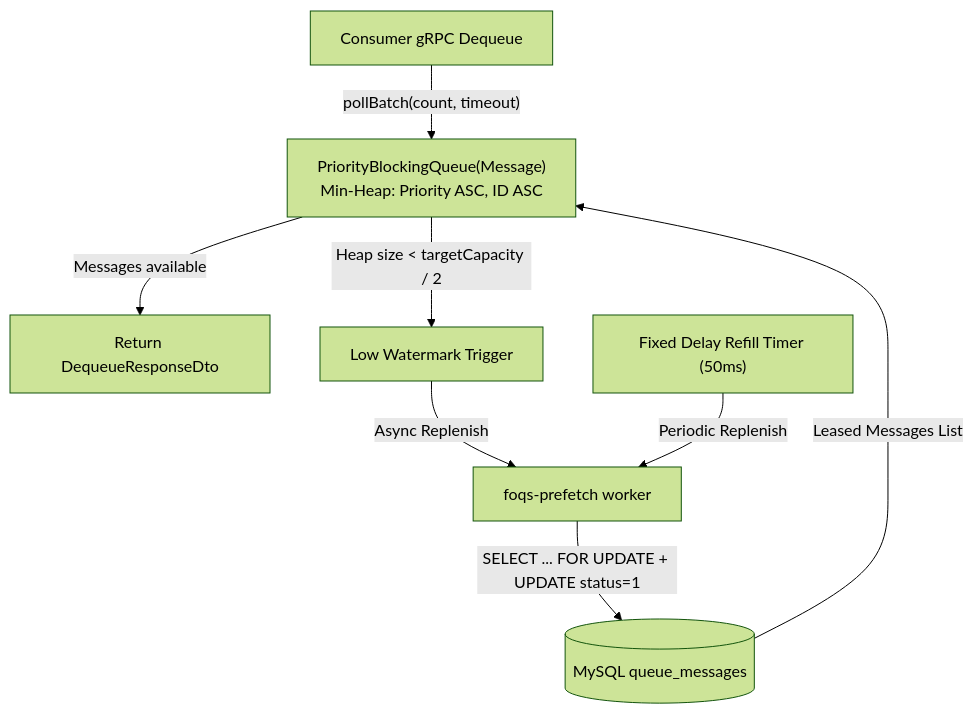
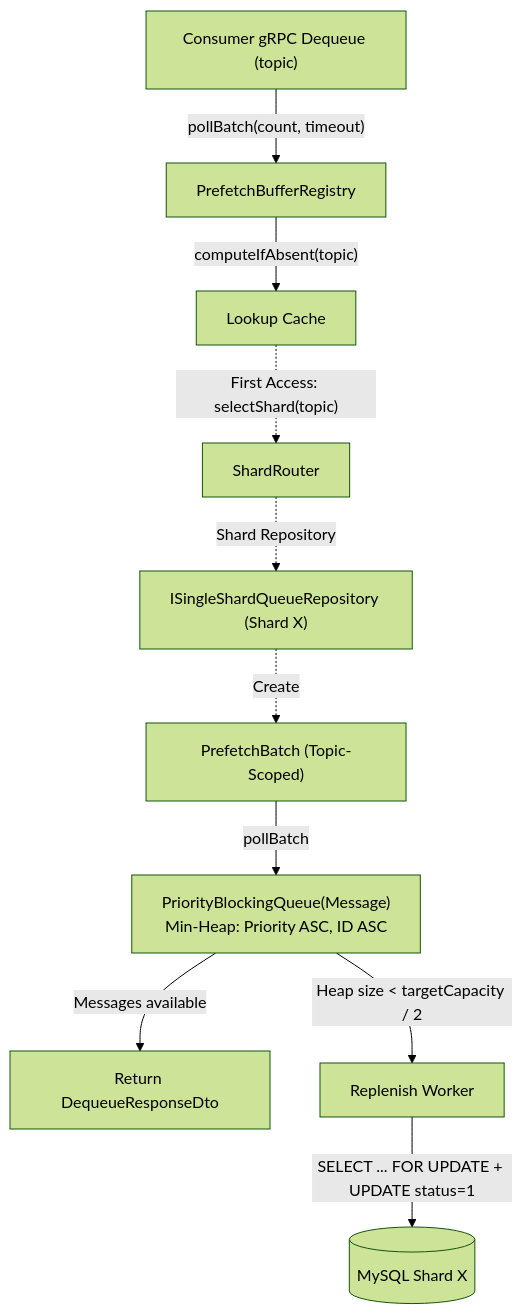
One commit to KhaiHust/FOQS changed the third of 9 diagrams in DOCS.md. Above: the diagram before and after it, drawn with Mermaid (forest theme). The commit also changed other lines of this file and 20 other files, not shown here.

Commit message:
feat(core): implement consistent hashing shard router and scatter-gather ACK/NACK

````diff
--- a/DOCS.md
+++ b/DOCS.md
@@ -178,10 +240,12 @@
 ```mermaid
 flowchart TD
-    Consumer["Consumer gRPC Dequeue"] -->|"pollBatch(count, timeout)"| Heap["PriorityBlockingQueue(Message)<br/>Min-Heap: Priority ASC, ID ASC"]
+    Consumer["Consumer gRPC Dequeue (topic)"] -->|"pollBatch(count, timeout)"| Registry["PrefetchBufferRegistry"]
+    Registry -->|"computeIfAbsent(topic)"| Lookup["Lookup Cache"]
+    Lookup -.->|"First Access: selectShard(topic)"| Router["ShardRouter"]
+    Router -.->|"Shard Repository"| Repo["ISingleShardQueueRepository (Shard X)"]
+    Repo -.->|"Create"| PBatch["PrefetchBatch (Topic-Scoped)"]
+    PBatch -->|"pollBatch"| Heap["PriorityBlockingQueue(Message)<br/>Min-Heap: Priority ASC, ID ASC"]
     Heap -->|"Messages available"| Return["Return DequeueResponseDto"]
-    Heap -->|"Heap size < targetCapacity / 2"| LowWatermark["Low Watermark Trigger"]
-    LowWatermark -->|"Async Replenish"| Worker["foqs-prefetch worker"]
-    Timer["Fixed Delay Refill Timer (50ms)"] -->|"Periodic Replenish"| Worker
-    Worker -->|"SELECT ... FOR UPDATE + UPDATE status=1"| MySQL[("MySQL queue_messages")]
-    MySQL -->|"Leased Messages List"| Heap
+    Heap -->|"Heap size < targetCapacity / 2"| Worker["Replenish Worker"]
+    Worker -->|"SELECT ... FOR UPDATE + UPDATE status=1"| MySQL[("MySQL Shard X")]
 ```
````
